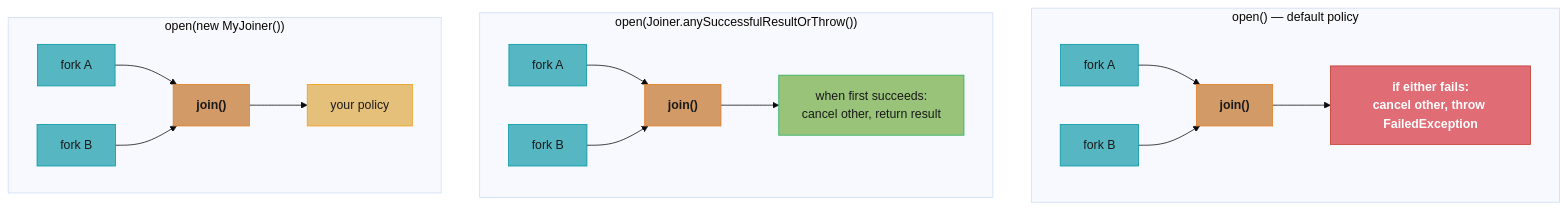
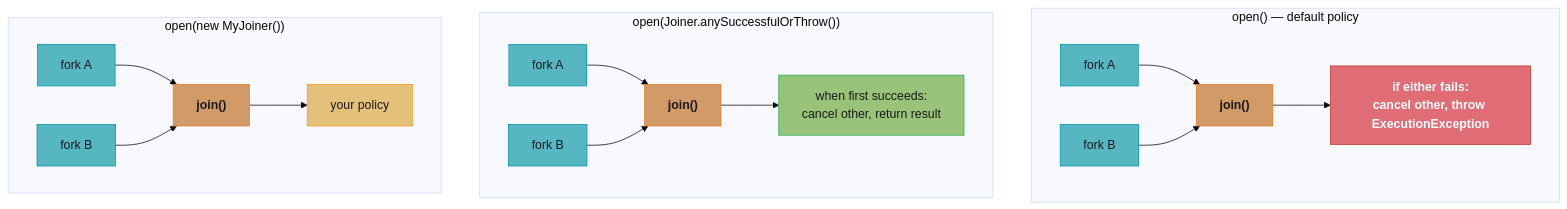
Before and after one commit to rppol/system-design: the first of 3 diagrams in src/main/java/com/rutik/systemdesign/java/structured_concurrency_and_loom/structured_concurrency_and_loom.md, drawn with Mermaid (base theme). The commit also changed other lines of this file and 655 other files, not shown here.

````diff
--- a/src/main/java/com/rutik/systemdesign/java/structured_concurrency_and_loom/structured_concurrency_and_loom.md
+++ b/src/main/java/com/rutik/systemdesign/java/structured_concurrency_and_loom/structured_concurrency_and_loom.md
@@ -96,34 +96,34 @@
 ```mermaid
 flowchart TD
     classDef io      fill:#61afef,stroke:#2e86c1,color:#1a1a1a,font-weight:bold
     classDef frozen  fill:#c678dd,stroke:#9b59b6,color:#fff
     classDef train   fill:#98c379,stroke:#27ae60,color:#1a1a1a
     classDef mathOp  fill:#d19a66,stroke:#e67e22,color:#1a1a1a,font-weight:bold
     classDef lossN   fill:#e06c75,stroke:#c0392b,color:#fff,font-weight:bold
     classDef req     fill:#56b6c2,stroke:#0097a7,color:#1a1a1a
     classDef base    fill:#e5c07b,stroke:#f39c12,color:#1a1a1a
 
     subgraph SOF["open() — default policy"]
         A1["fork A"] --> J1["join()"]
         B1["fork B"] --> J1
-        J1 --> O1["if either fails:\ncancel other, throw FailedException"]
+        J1 --> O1["if either fails:\ncancel other, throw ExecutionException"]
     end
 
-    subgraph SOS["open(Joiner.anySuccessfulResultOrThrow())"]
+    subgraph SOS["open(Joiner.anySuccessfulOrThrow())"]
         A2["fork A"] --> J2["join()"]
         B2["fork B"] --> J2
         J2 --> O2["when first succeeds:\ncancel other, return result"]
     end
 
     subgraph CUS["open(new MyJoiner())"]
         A3["fork A"] --> J3["join()"]
         B3["fork B"] --> J3
         J3 --> O3["your policy"]
     end
 
     class A1,B1,A2,B2,A3,B3 req
     class J1,J2,J3 mathOp
     class O1 lossN
     class O2 train
     class O3 base
 ```
````
